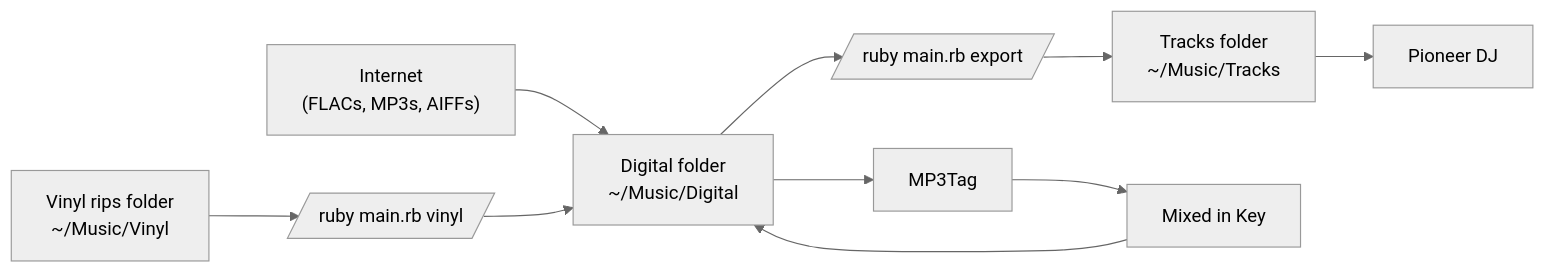
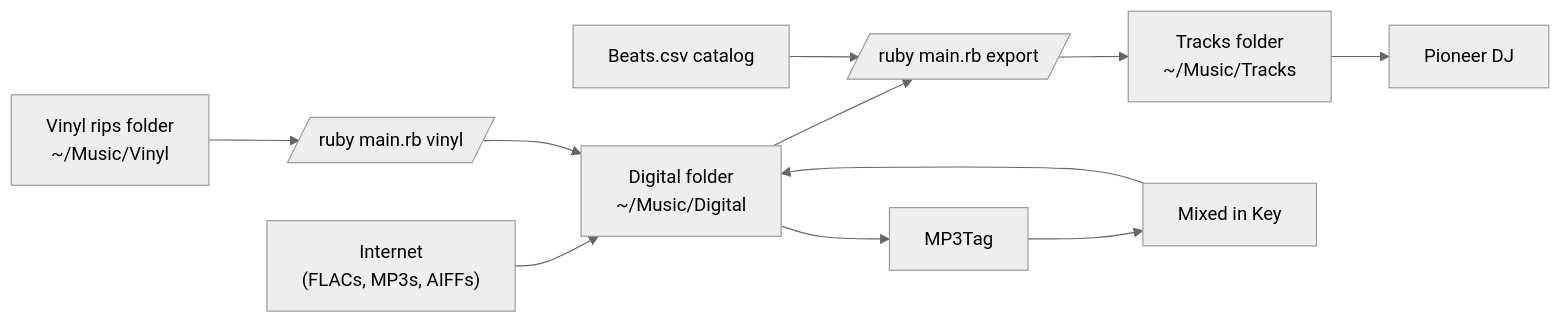
The diagram in README.md (erithmetic/tracks), drawn with Mermaid (neutral theme) before and after one commit.

Commit message:
Add beats.csv to README diagram

````diff
--- a/README.md
+++ b/README.md
@@ -21,17 +21,19 @@
 ```mermaid
 flowchart LR
   internet["Internet<br>(FLACs, MP3s, AIFFs)"]
   digital["Digital folder<br>~/Music/Digital"]
   vinyl["Vinyl rips folder<br>~/Music/Vinyl"]
   tracks["Tracks folder<br>~/Music/Tracks"]
   vinyl_script[/ruby main.rb vinyl/]
   export_script[/ruby main.rb export/]
   pdj[Pioneer DJ]
   mik[Mixed in Key]
   tag[MP3Tag]
+  beats[Beats.csv catalog]
 
   internet --> digital
   digital --> tag --> mik --> digital
   vinyl --> vinyl_script --> digital
   digital --> export_script --> tracks --> pdj
+  beats --> export_script
 ```
````
